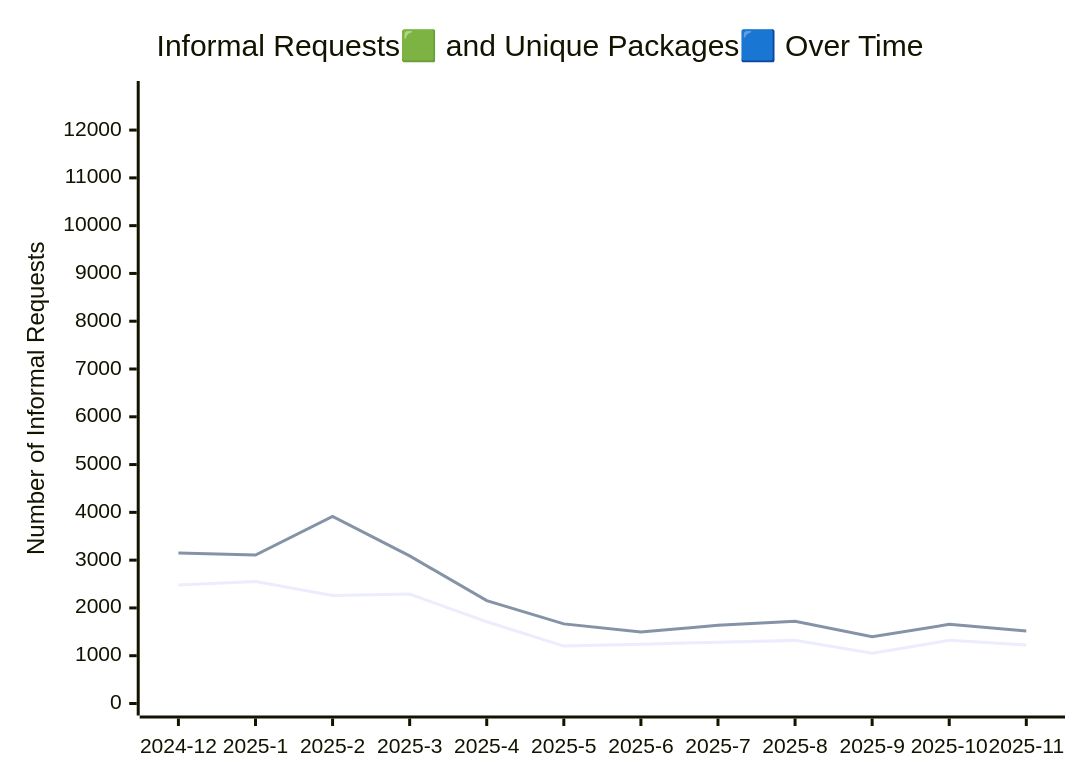
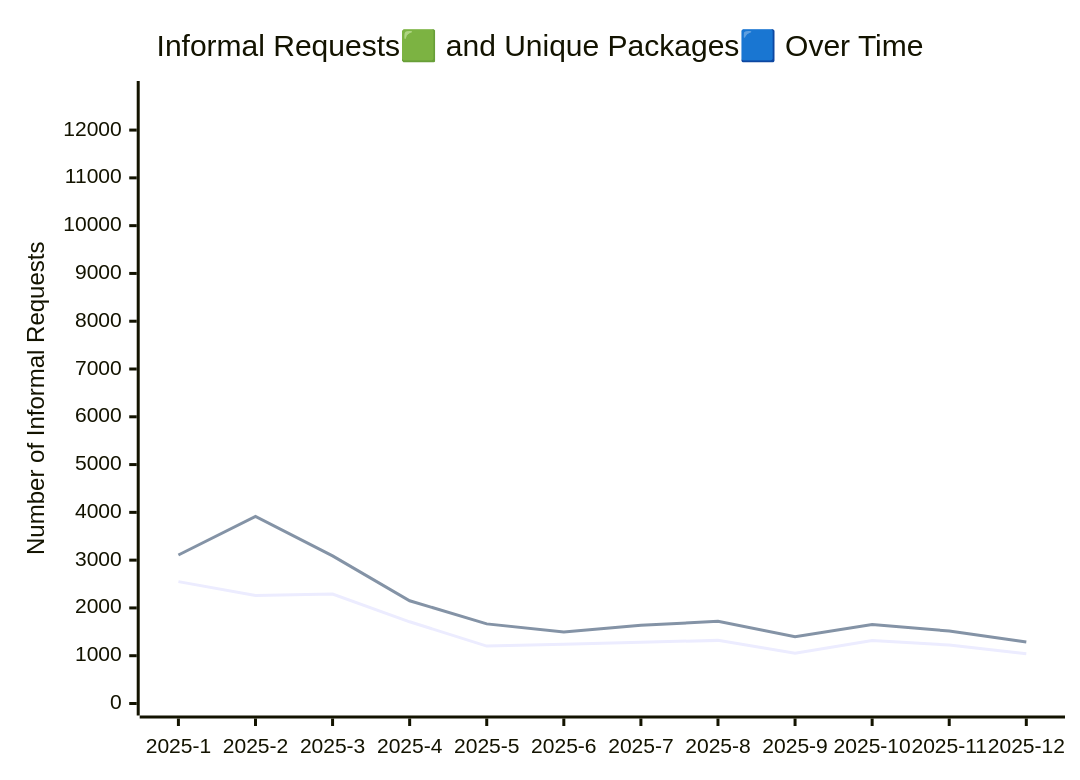
The diagram in ATI_INFORMAL_REPORT/readme.md (PatLittle/analytics-corporate-reporting), drawn with Mermaid before and after one commit. The commit also changed other lines of this file and 5 other files, not shown here.

````diff
--- a/ATI_INFORMAL_REPORT/readme.md
+++ b/ATI_INFORMAL_REPORT/readme.md
@@ -4,11 +4,11 @@
 ```mermaid
 
 xychart-beta
     title "Informal Requests🟩 and Unique Packages🟦 Over Time"
-    x-axis [2024-12, 2025-1, 2025-2, 2025-3, 2025-4, 2025-5, 2025-6, 2025-7, 2025-8, 2025-9, 2025-10, 2025-11]
+    x-axis [2025-1, 2025-2, 2025-3, 2025-4, 2025-5, 2025-6, 2025-7, 2025-8, 2025-9, 2025-10, 2025-11, 2025-12]
     y-axis "Unique Packages" 0 --> 10092
     y-axis "Number of Informal Requests" 0 --> 12776
 
-    line [2479, 2551, 2259, 2289, 1711, 1201, 1240, 1283, 1321, 1051, 1321, 1223]
-    line [3151, 3108, 3916, 3088, 2153, 1666, 1499, 1635, 1720, 1397, 1657, 1516]
+    line [2551, 2259, 2289, 1710, 1201, 1240, 1283, 1321, 1051, 1320, 1223, 1039]
+    line [3108, 3916, 3088, 2150, 1666, 1499, 1635, 1720, 1397, 1655, 1516, 1287]
 ```
````
